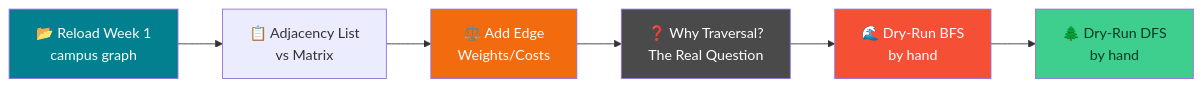
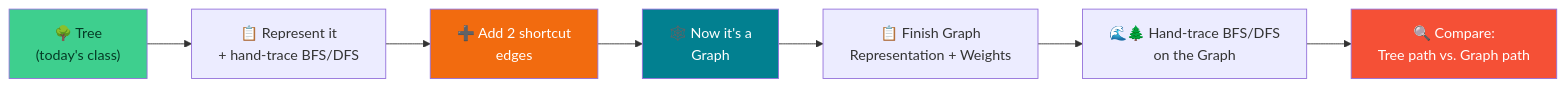
Before and after one commit to therishiraj/CSE276-AI-F: the first of 3 diagrams in Practicals/Week 2.md, drawn with Mermaid. The commit also changed other lines of this file, not shown here.

````diff
--- a/Practicals/Week 2.md
+++ b/Practicals/Week 2.md
@@ -27,13 +27,13 @@
 ```mermaid
 flowchart LR
-    A["📂 Reload Week 1<br/>campus graph"] --> B["📋 Adjacency List<br/>vs Matrix"]
-    B --> C["⚖️ Add Edge<br/>Weights/Costs"]
-    C --> D["❓ Why Traversal?<br/>The Real Question"]
-    D --> E["🌊 Dry-Run BFS<br/>by hand"]
-    E --> F["🌲 Dry-Run DFS<br/>by hand"]
-    style A fill:#028090,color:#fff
+    A["🌳 Tree<br/>(today's class)"] --> B["📋 Represent it<br/>+ hand-trace BFS/DFS"]
+    B --> C["➕ Add 2 shortcut<br/>edges"]
+    C --> D["🕸️ Now it's a<br/>Graph"]
+    D --> E["📋 Finish Graph<br/>Representation + Weights"]
+    E --> F["🌊🌲 Hand-trace BFS/DFS<br/>on the Graph"]
+    F --> G["🔍 Compare:<br/>Tree path vs. Graph path"]
+    style A fill:#3ECF8E,color:#053b26
     style C fill:#F26B0F,color:#fff
-    style D fill:#4A4A4A,color:#fff
-    style E fill:#F55036,color:#fff
-    style F fill:#3ECF8E,color:#053b26
+    style D fill:#028090,color:#fff
+    style G fill:#F55036,color:#fff
 ```
````
